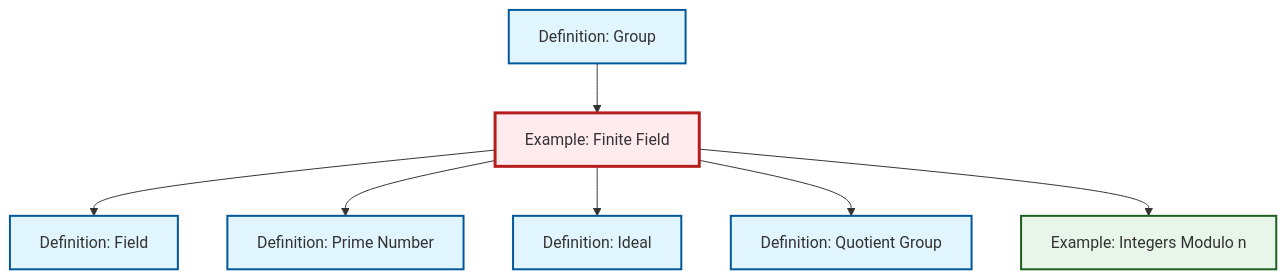
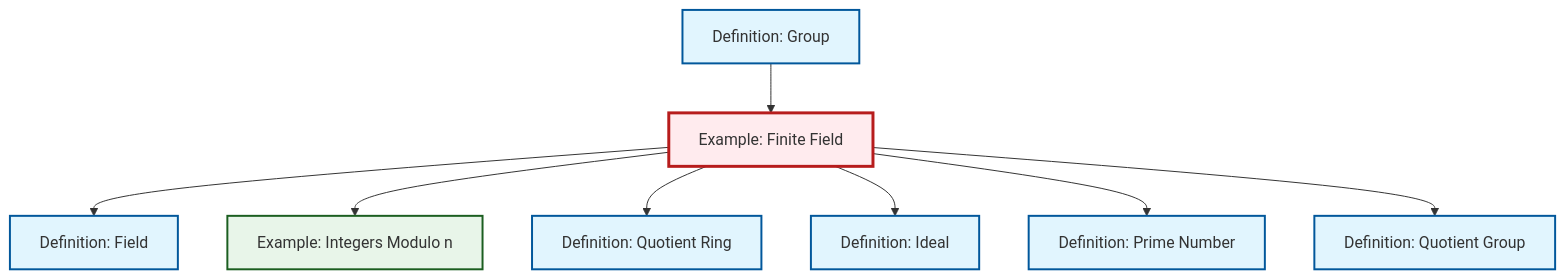
The diagram in content/ja/algebra/ex-finite-field.qmd (RK0429/ModernMath), drawn with Mermaid before and after one commit. The commit also changed other lines of this file and 597 other files, not shown here.

````diff
--- a/content/ja/algebra/ex-finite-field.qmd
+++ b/content/ja/algebra/ex-finite-field.qmd
@@ -66,29 +67,32 @@
 ```{mermaid}
 %%| fig-cap: "Local dependency graph"
 graph TD
     classDef definition fill:#e1f5fe,stroke:#01579b,stroke-width:2px
     classDef theorem fill:#f3e5f5,stroke:#4a148c,stroke-width:2px
     classDef axiom fill:#fff3e0,stroke:#e65100,stroke-width:2px
     classDef example fill:#e8f5e9,stroke:#1b5e20,stroke-width:2px
     classDef current fill:#ffebee,stroke:#b71c1c,stroke-width:3px
+    ex-finite-field["Example: Finite Field"]:::example
     ex-quotient-integers-mod-n["Example: Integers Modulo n"]:::example
-    ex-finite-field["Example: Finite Field"]:::example
+    def-ideal["Definition: Ideal"]:::definition
+    def-quotient-ring["Definition: Quotient Ring"]:::definition
+    def-field["Definition: Field"]:::definition
+    def-quotient-group["Definition: Quotient Group"]:::definition
     def-prime["Definition: Prime Number"]:::definition
-    def-quotient-group["Definition: Quotient Group"]:::definition
-    def-ideal["Definition: Ideal"]:::definition
     def-group["Definition: Group"]:::definition
-    def-field["Definition: Field"]:::definition
+    def-group --> ex-finite-field
     ex-finite-field --> def-field
+    ex-finite-field --> ex-quotient-integers-mod-n
+    ex-finite-field --> def-quotient-ring
+    ex-finite-field --> def-ideal
     ex-finite-field --> def-prime
-    ex-finite-field --> def-ideal
     ex-finite-field --> def-quotient-group
-    ex-finite-field --> ex-quotient-integers-mod-n
-    def-group --> ex-finite-field
     class ex-finite-field current
     click ex-quotient-integers-mod-n "ex-quotient-integers-mod-n.html" "Example: Integers Modulo nへ"
+    click def-ideal "def-ideal.html" "Definition: Idealへ"
+    click def-quotient-ring "def-quotient-ring.html" "Definition: Quotient Ringへ"
+    click def-field "def-field.html" "Definition: Fieldへ"
+    click def-quotient-group "def-quotient-group.html" "Definition: Quotient Groupへ"
     click def-prime "def-prime.html" "Definition: Prime Numberへ"
-    click def-quotient-group "def-quotient-group.html" "Definition: Quotient Groupへ"
-    click def-ideal "def-ideal.html" "Definition: Idealへ"
     click def-group "def-group.html" "Definition: Groupへ"
-    click def-field "def-field.html" "Definition: Fieldへ"
 ```
````
